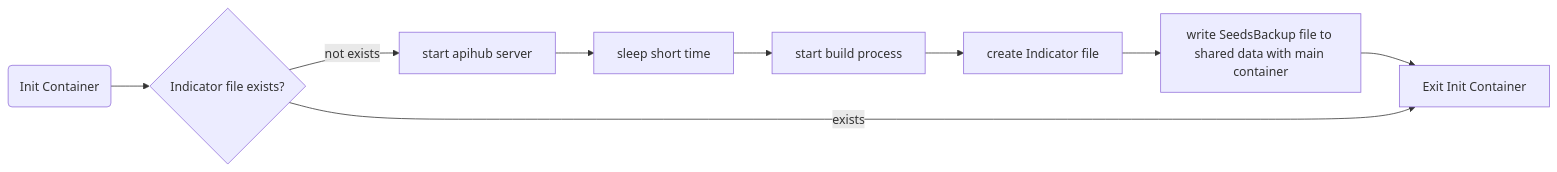
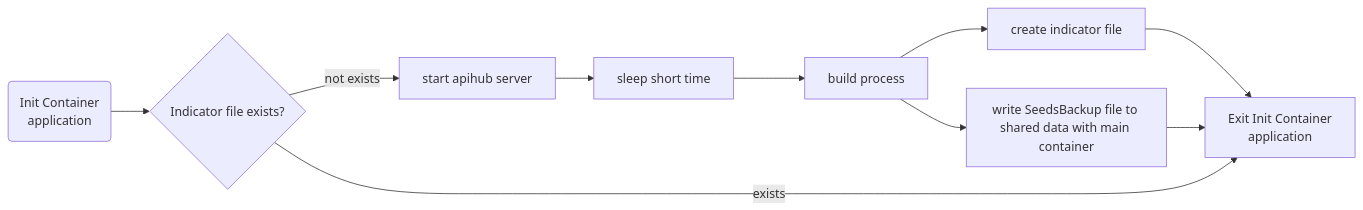
One commit to PharmaLedger-IMI/helmchart-ethadapter changed the fifth of 6 diagrams in charts/epi/README.md. Above: the diagram before and after it, drawn with Mermaid. The commit also changed other lines of this file and 2 other files, not shown here.

````diff
--- a/charts/epi/README.md
+++ b/charts/epi/README.md
@@ -67,11 +91,12 @@
 ```mermaid
 flowchart LR
-D(Init Container) --> E{Indicator file exists?}
+D(Init Container<br/>application) --> E{Indicator file exists?}
 E -->|not exists| F[start apihub server]
 F --> G[sleep short time]
-G --> H[start build process]
-H --> I[create Indicator file]
-I --> J[write SeedsBackup file to shared data with main container]
+G --> H[build process]
+H --> I[create indicator file]
+H --> J[write SeedsBackup file to shared data with main container]
+I --> K
 J --> K
-E -->|exists| K[Exit Init Container]
+E -->|exists| K[Exit Init Container<br/>application]
 ```
````
